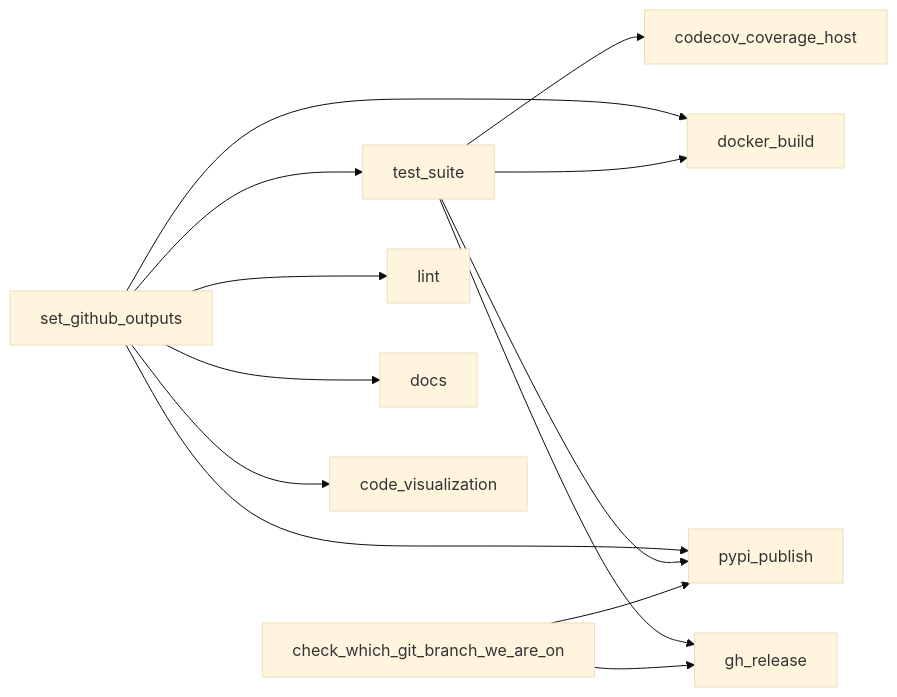
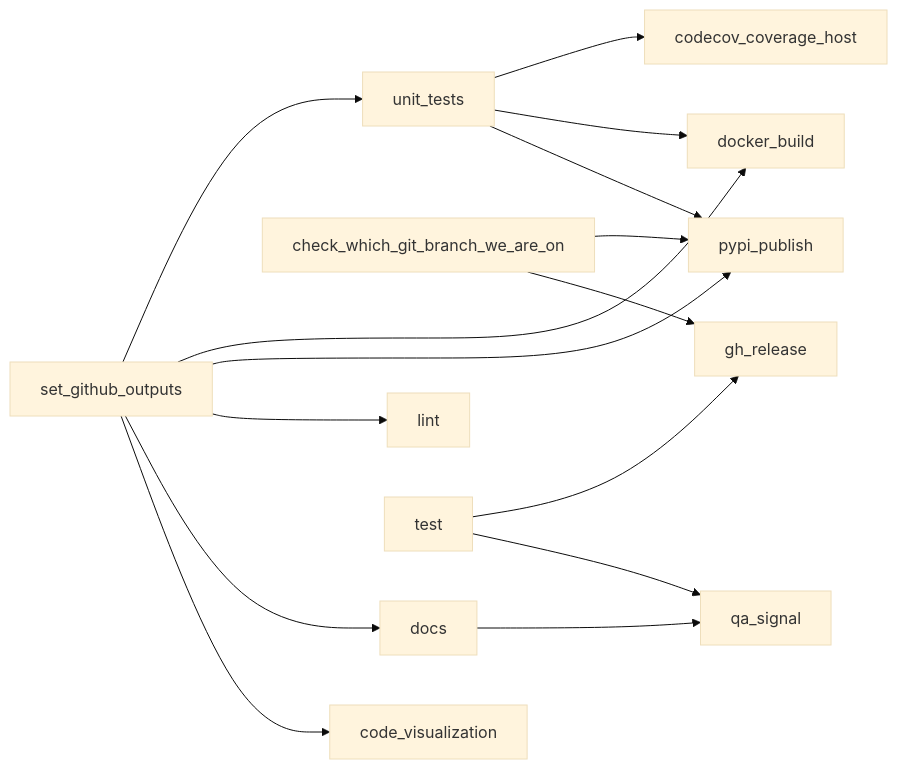
One commit to boromir674/action-commit-parser changed the diagram in docs/cicd_mermaid.md. Above: the diagram before and after it, drawn with Mermaid (base theme). The commit also changed 4 other files, not shown here.

````diff
--- a/docs/cicd_mermaid.md
+++ b/docs/cicd_mermaid.md
@@ -1,15 +1,17 @@
 ```mermaid
 graph LR;
-  set_github_outputs --> test_suite
-  test_suite --> codecov_coverage_host
+  set_github_outputs --> unit_tests
+  unit_tests --> codecov_coverage_host
   set_github_outputs --> docker_build
-  test_suite --> docker_build
+  unit_tests --> docker_build
   set_github_outputs --> pypi_publish
-  test_suite --> pypi_publish
+  unit_tests --> pypi_publish
   check_which_git_branch_we_are_on --> pypi_publish
   set_github_outputs --> lint
   set_github_outputs --> docs
   set_github_outputs --> code_visualization
-  test_suite --> gh_release
+  test --> gh_release
   check_which_git_branch_we_are_on --> gh_release
+  test --> qa_signal
+  docs --> qa_signal
 ```
````
